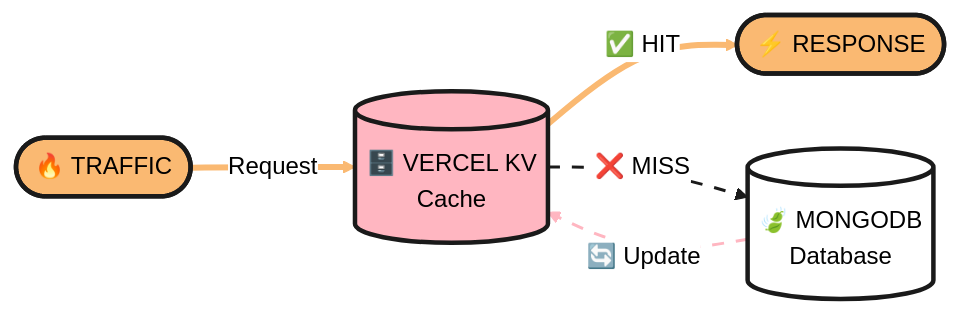
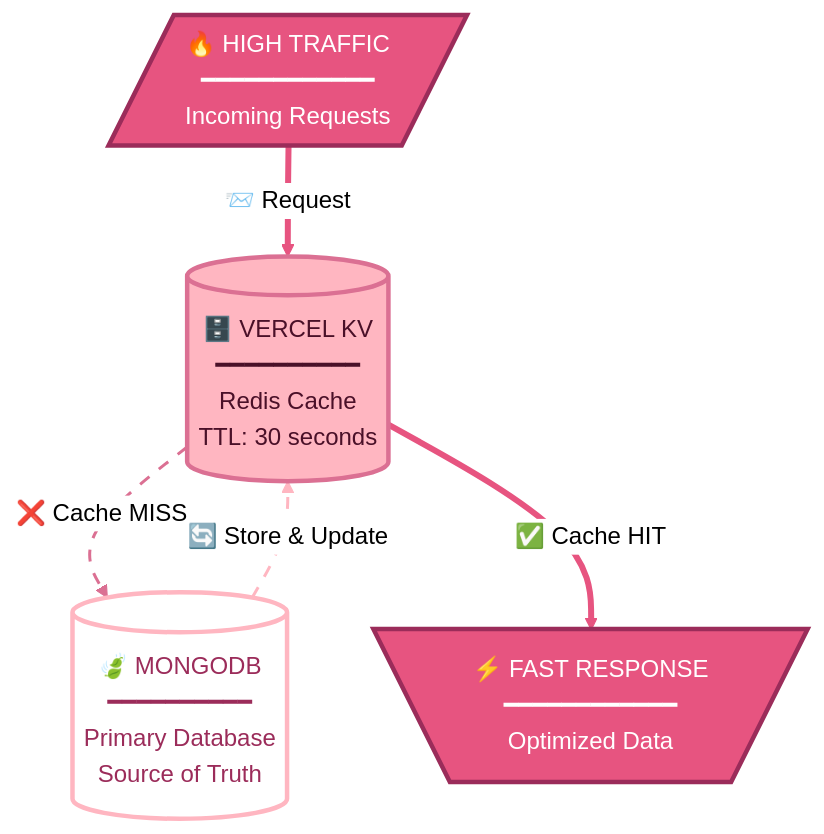
Before and after one commit to SujalAgrawal08/SahayakX: the second of 2 diagrams in README.md, drawn with Mermaid (neutral theme).

````diff
--- a/README.md
+++ b/README.md
@@ -223,22 +223,25 @@
 ```mermaid
-flowchart LR
-    A([🔥 TRAFFIC])
-    B[(🗄️ VERCEL KV<br/>Cache)]
-    C[(🍃 MONGODB<br/>Database)]
-    D([⚡ RESPONSE])
+flowchart TD
+    A[/"🔥 HIGH TRAFFIC<br/>━━━━━━━━━━━━<br/>Incoming Requests"/]
+    
+    B[(🗄️ VERCEL KV<br/>━━━━━━━━━━<br/>Redis Cache<br/>TTL: 30 seconds)]
+    
+    C[(🍃 MONGODB<br/>━━━━━━━━━━<br/>Primary Database<br/>Source of Truth)]
+    
+    D[\"⚡ FAST RESPONSE<br/>━━━━━━━━━━━━<br/>Optimized Data"/]
 
-    A ==>|"Request"| B
-    B ==>|"✅ HIT"| D
-    B -.->|"❌ MISS"| C
-    C -.->|"🔄 Update"| B
+    A ==>|"📨 Request"| B
+    B -.->|"❌ Cache MISS"| C
+    C -.->|"🔄 Store & Update"| B
+    B ==>|"✅ Cache HIT"| D
 
-    style A fill:#FAB972,stroke:#1a1a1a,color:#000000,stroke-width:3px
-    style B fill:#FFB6C1,stroke:#1a1a1a,color:#000000,stroke-width:3px
-    style C fill:#FFFFFF,stroke:#1a1a1a,color:#000000,stroke-width:3px
-    style D fill:#FAB972,stroke:#1a1a1a,color:#000000,stroke-width:3px
+    style A fill:#E75480,stroke:#9B2C5A,color:#FFFFFF,stroke-width:3px
+    style B fill:#FFB6C1,stroke:#DB7093,color:#4A1028,stroke-width:3px
+    style C fill:#FFFFFF,stroke:#FFB6C1,color:#9B2C5A,stroke-width:3px
+    style D fill:#E75480,stroke:#9B2C5A,color:#FFFFFF,stroke-width:3px
 
-    linkStyle 0 stroke:#FAB972,stroke-width:4px
-    linkStyle 1 stroke:#FAB972,stroke-width:4px
-    linkStyle 2 stroke:#1a1a1a,stroke-width:2px,stroke-dasharray:8
-    linkStyle 3 stroke:#FFB6C1,stroke-width:2px,stroke-dasharray:8
+    linkStyle 0 stroke:#E75480,stroke-width:4px
+    linkStyle 1 stroke:#DB7093,stroke-width:2px,stroke-dasharray:8
+    linkStyle 2 stroke:#FFB6C1,stroke-width:2px,stroke-dasharray:8
+    linkStyle 3 stroke:#E75480,stroke-width:4px
 ```
````
